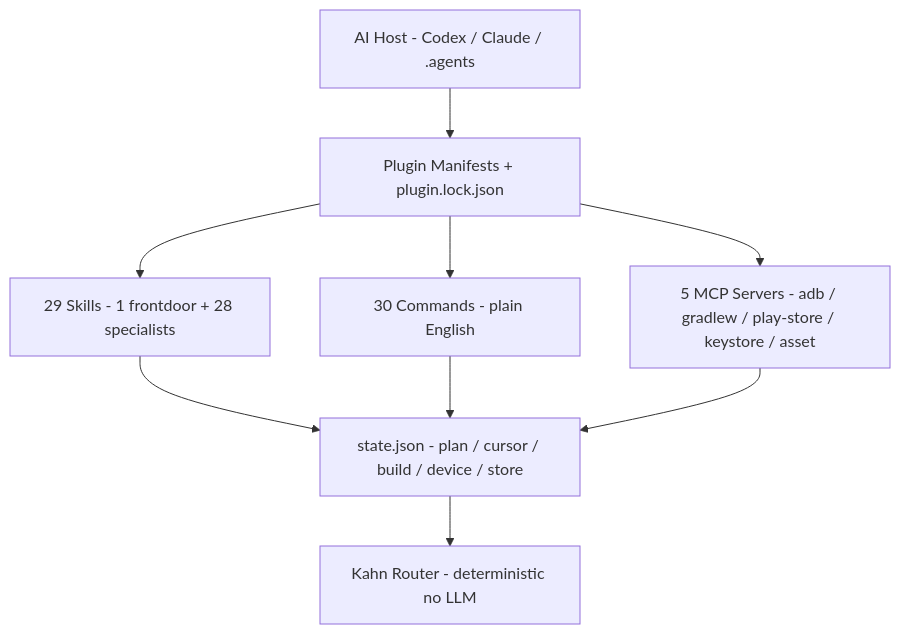
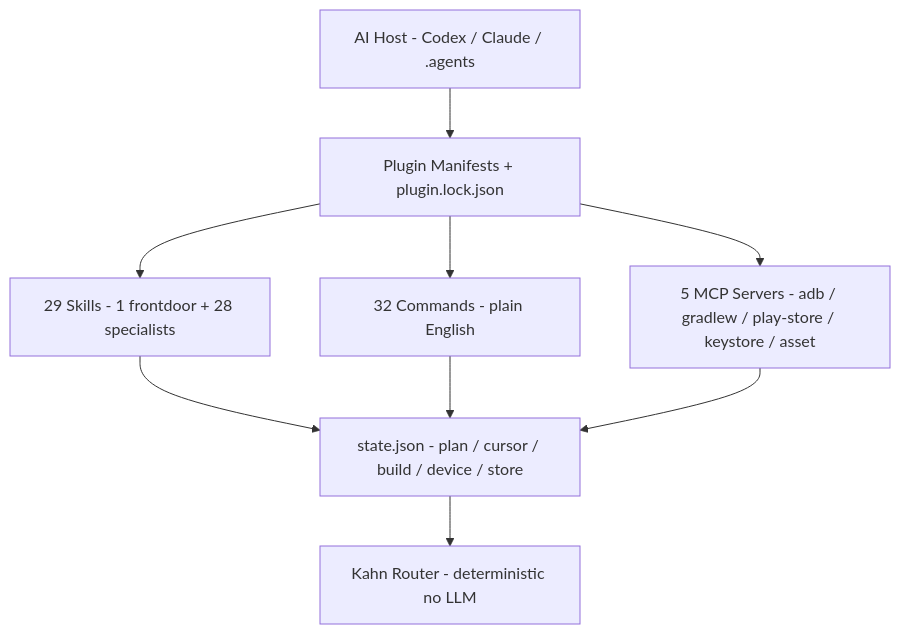
Before and after one commit to mitunmanav/build-android-apps: the diagram in README.md, drawn with Mermaid. The commit also changed other lines of this file and 68 other files, not shown here.

````diff
--- a/README.md
+++ b/README.md
@@ -83,19 +66,19 @@
 ```mermaid
 flowchart TB
   Host[AI Host - Codex / Claude / .agents]
   Manifests[Plugin Manifests + plugin.lock.json]
   Skills[29 Skills - 1 frontdoor + 28 specialists]
-  Commands[30 Commands - plain English]
+  Commands[32 Commands - plain English]
   MCP[5 MCP Servers - adb / gradlew / play-store / keystore / asset]
   State[state.json - plan / cursor / build / device / store]
   Router[Kahn Router - deterministic no LLM]
 
   Host --> Manifests
   Manifests --> Skills
   Manifests --> Commands
   Manifests --> MCP
   Skills --> State
   Commands --> State
   MCP --> State
   State --> Router
 ```
````
